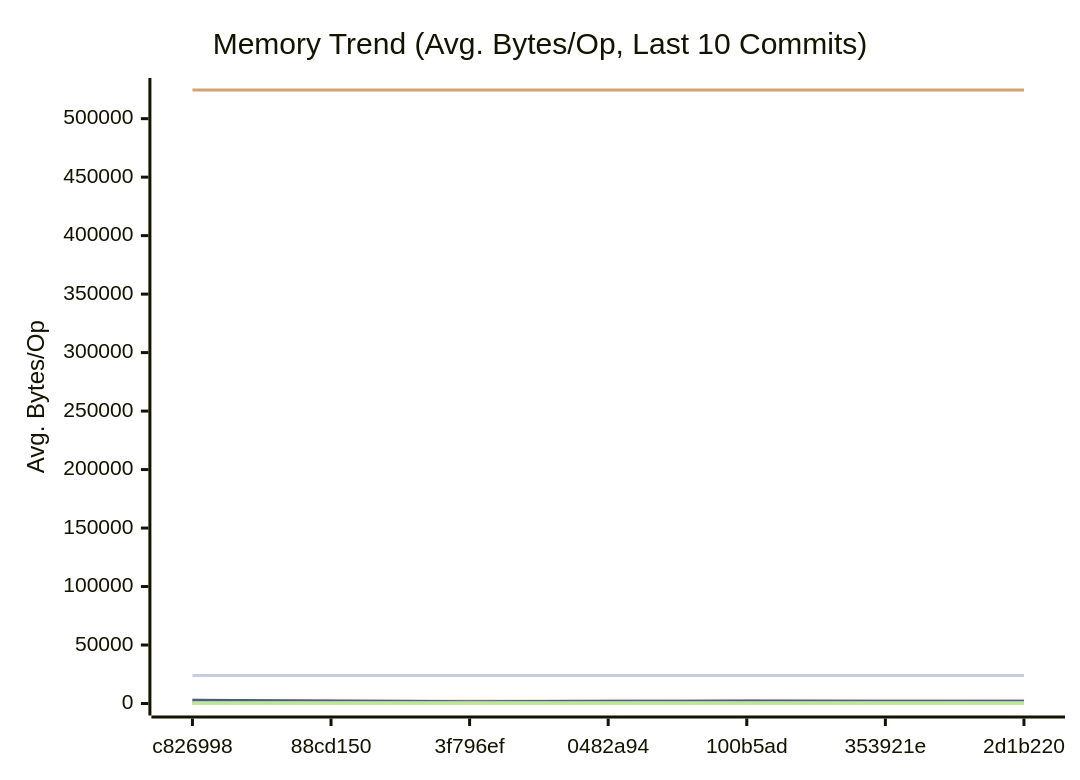
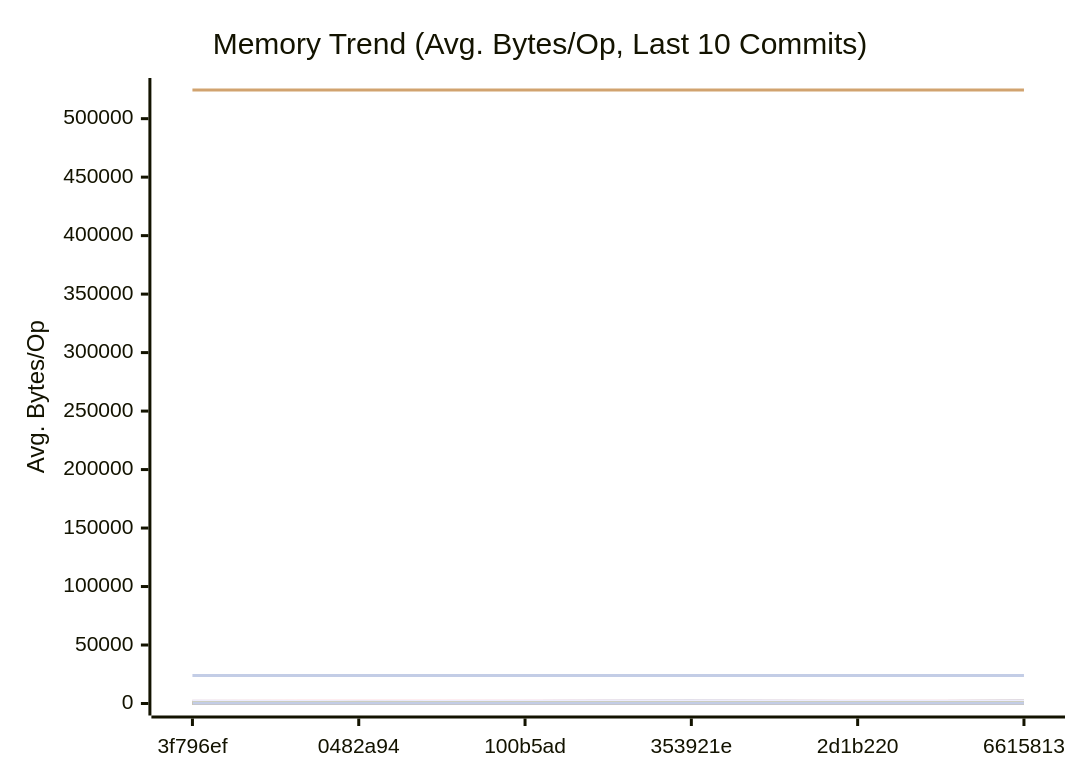
Before and after one commit to alsotoes/momo: the second of 3 diagrams in docs/PERFORMANCE.md, drawn with Mermaid. The commit also changed other lines of this file and 40 other files, not shown here.

Commit message:
feat: allocation-free Last-Modified headers in S3 GET/HEAD + dead helper removal (#977)

````diff
--- a/docs/PERFORMANCE.md
+++ b/docs/PERFORMANCE.md
@@ -300,42 +309,44 @@
 ```mermaid
 xychart-beta
     title "Memory Trend (Avg. Bytes/Op, Last 10 Commits)"
     x-axis "Commit"
     y-axis "Avg. Bytes/Op"
-    x-axis [c826998,88cd150,3f796ef,0482a94,100b5ad,353921e,2d1b220]
-    line "AWSChunkedReaderSigned" [147,131,74,125,105,96,107,130,133,92]
-    line "AWSChunkedReaderUnsigned" [153,135,74,112,108,97,108,145,120,96]
+    x-axis [3f796ef,0482a94,100b5ad,353921e,2d1b220,6615813]
+    line "AWSChunkedReaderSigned" [131,74,125,105,96,107,130,133,92,114]
+    line "AWSChunkedReaderUnsigned" [135,74,112,108,97,108,145,120,96,115]
     line "CheckMetricsAndSwap" [0,0,0,0,0,0,0,0,0,0]
     line "CrushOptimized" [0,0,0,0,0,0,0,0,0,0]
     line "CrushOriginal" [164,164,164,164,164,164,164,164,164,164]
-    line "FormatListObjectsV2XML_AppendFormat" [524446,524454,524505,524477,524470,524490,524474,524448,524456,524497]
+    line "FormatListObjectsV2XML_AppendFormat" [524454,524505,524477,524470,524490,524474,524448,524456,524497,524459]
     line "FormatListObjectsV2XML_OldFormat" [24000,24000,24000,24000,24000,24000,24000,24000,24000,24000]
-    line "HashBytes/1MiB" [307,303,180,267,275,210,232,295,219,262]
-    line "HashBytes/256MiB" [249,275,156,201,247,231,248,336,241,209]
-    line "HashBytes/64MiB" [306,306,169,238,228,265,264,298,224,218]
-    line "HashFile/1MiB" [261,261,152,222,241,209,217,265,268,193]
-    line "HashFile/256MiB" [283,277,161,242,258,191,237,254,213,186]
-    line "HashFile/64MiB" [273,250,155,239,200,192,237,307,208,189]
+    line "HashBytes/1MiB" [303,180,267,275,210,232,295,219,262,228]
+    line "HashBytes/256MiB" [275,156,201,247,231,248,336,241,209,197]
+    line "HashBytes/64MiB" [306,169,238,228,265,264,298,224,218,199]
+    line "HashFile/1MiB" [261,152,222,241,209,217,265,268,193,211]
+    line "HashFile/256MiB" [277,161,242,258,191,237,254,213,186,204]
+    line "HashFile/64MiB" [250,155,239,200,192,237,307,208,189,169]
     line "IndexDirectTracking" [0,0,0,0,0,0,0,0,0,0]
     line "IndexSearch" [0,0,0,0,0,0,0,0,0,0]
+    line "LastModifiedHeader_AppendFormat" [0,0,0,0,0,0,0,0,0,0]
+    line "LastModifiedHeader_Format" [0,0,0,0,0,0,0,0,0,32]
     line "LoadGlobalConfig" [1976,1976,1976,1976,1976,1976,1976,1976,1976,1976]
-    line "LocalWrite/1MiB" [2716,1034,1217,1691,1967,1729,1822,2210,2188,1670]
-    line "LocalWrite/256MiB" [2404,2222,1422,1646,1959,1986,2025,2273,2129,1901]
-    line "LocalWrite/64MiB" [2776,2232,1512,1973,2038,2017,2019,2009,2055,1696]
+    line "LocalWrite/1MiB" [1034,1217,1691,1967,1729,1822,2210,2188,1670,2035]
+    line "LocalWrite/256MiB" [2222,1422,1646,1959,1986,2025,2273,2129,1901,2016]
+    line "LocalWrite/64MiB" [2232,1512,1973,2038,2017,2019,2009,2055,1696,1940]
     line "PadString" [64,64,64,64,64,64,64,64,64,64]
     line "ParseReplicationOrder_NoPrealloc" [408,408,408,408,408,248,248,248,248,248]
     line "ParseReplicationOrder_Prealloc" [240,240,240,240,240,80,80,80,80,80]
     line "Placement" [352,352,352,352,352,352,352,352,352,352]
     line "PlacementDomainSpread" [352,352,352,352,352,352,352,352,352,352]
-    line "ReadVerify/1MiB" [284,342,157,178,241,216,218,270,281,180]
-    line "ReadVerify/256MiB" [303,291,160,208,176,222,249,254,263,189]
-    line "ReadVerify/64MiB" [322,283,141,182,186,222,318,274,236,196]
-    line "S3PutSpool/1MiB" [264,205,129,181,259,187,211,176,177,159]
-    line "S3PutSpool/256MiB" [241,260,133,173,246,154,231,193,232,187]
-    line "S3PutSpool/64MiB" [234,263,133,178,228,171,236,182,189,172]
+    line "ReadVerify/1MiB" [342,157,178,241,216,218,270,281,180,264]
+    line "ReadVerify/256MiB" [291,160,208,176,222,249,254,263,189,215]
+    line "ReadVerify/64MiB" [283,141,182,186,222,318,274,236,196,211]
+    line "S3PutSpool/1MiB" [205,129,181,259,187,211,176,177,159,188]
+    line "S3PutSpool/256MiB" [260,133,173,246,154,231,193,232,187,250]
+    line "S3PutSpool/64MiB" [263,133,178,228,171,236,182,189,172,246]
     line "SanitizeLog/Safe" [0,0,0,0,0,0,0,0,0,0]
     line "SanitizeLog/Unsafe" [704,704,704,704,704,704,704,704,704,704]
-    line "TrustedRead/1MiB" [241,291,135,243,157,183,238,219,242,197]
-    line "TrustedRead/256MiB" [305,231,134,212,170,199,249,188,196,208]
-    line "TrustedRead/64MiB" [299,233,144,186,164,192,222,185,257,219]
+    line "TrustedRead/1MiB" [291,135,243,157,183,238,219,242,197,199]
+    line "TrustedRead/256MiB" [231,134,212,170,199,249,188,196,208,241]
+    line "TrustedRead/64MiB" [233,144,186,164,192,222,185,257,219,231]
 ```
````
